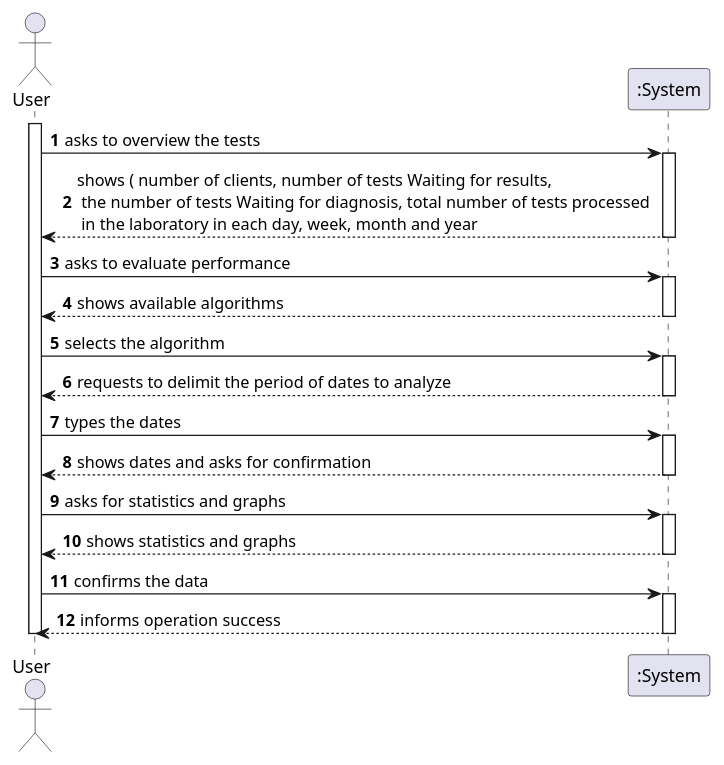
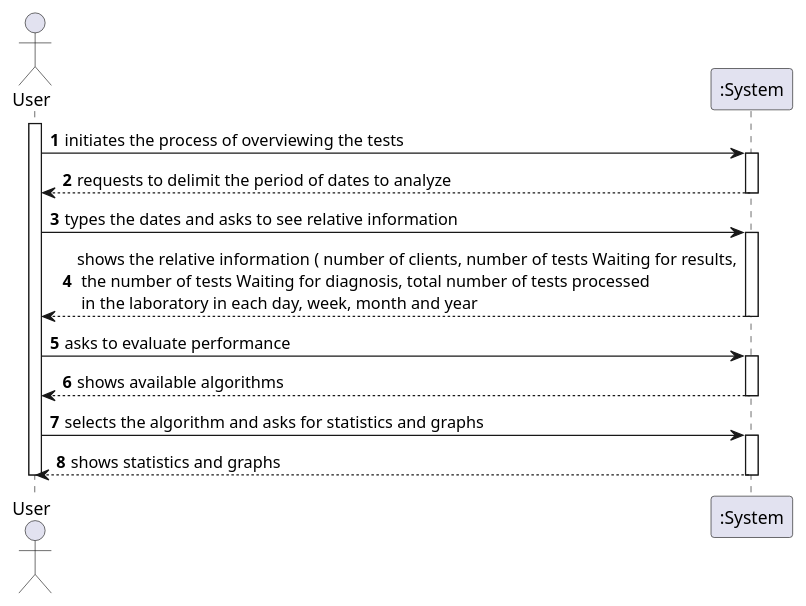
One commit to manu-07-ela/LAPR2_ISEP changed the diagram in docs/SprintD/US16/US16_SSD.puml. Above: the diagram before and after it, drawn with PlantUML. The commit also changed 3 other files, not shown here.

```diff
--- a/docs/SprintD/US16/US16_SSD.puml
+++ b/docs/SprintD/US16/US16_SSD.puml
@@ -1,38 +1,30 @@
 @startuml
 autonumber
 actor "User" as User
 
 activate User
-User -> ":System" : asks to overview the tests
+User -> ":System" : initiates the process of overviewing the tests
 activate ":System"
-":System" --> User : shows ( number of clients, number of tests Waiting for results,\n the number of tests Waiting for diagnosis, total number of tests processed \n in the laboratory in each day, week, month and year
+
+":System" --> User : requests to delimit the period of dates to analyze
+deactivate ":System"
+
+User -> ":System" : types the dates and asks to see relative information
+activate ":System"
+
+":System" --> User : shows the relative information ( number of clients, number of tests Waiting for results,\n the number of tests Waiting for diagnosis, total number of tests processed \n in the laboratory in each day, week, month and year
 deactivate ":System"
 
 User -> ":System" : asks to evaluate performance
 activate ":System"
 ":System" --> User : shows available algorithms
 deactivate ":System"
 
-User -> ":System" : selects the algorithm
-activate ":System"
-":System" --> User : requests to delimit the period of dates to analyze
-deactivate ":System"
-
-User -> ":System" : types the dates
-activate ":System"
-":System" --> User : shows dates and asks for confirmation
-deactivate ":System"
-
-User -> ":System" : asks for statistics and graphs
+User -> ":System" : selects the algorithm and asks for statistics and graphs
 activate ":System"
 ":System" --> User : shows statistics and graphs
-deactivate ":System"
-
-User -> ":System" : confirms the data
-activate ":System"
-":System" --> User : informs operation success
 deactivate ":System"
 
 deactivate User
 
 @enduml
```
